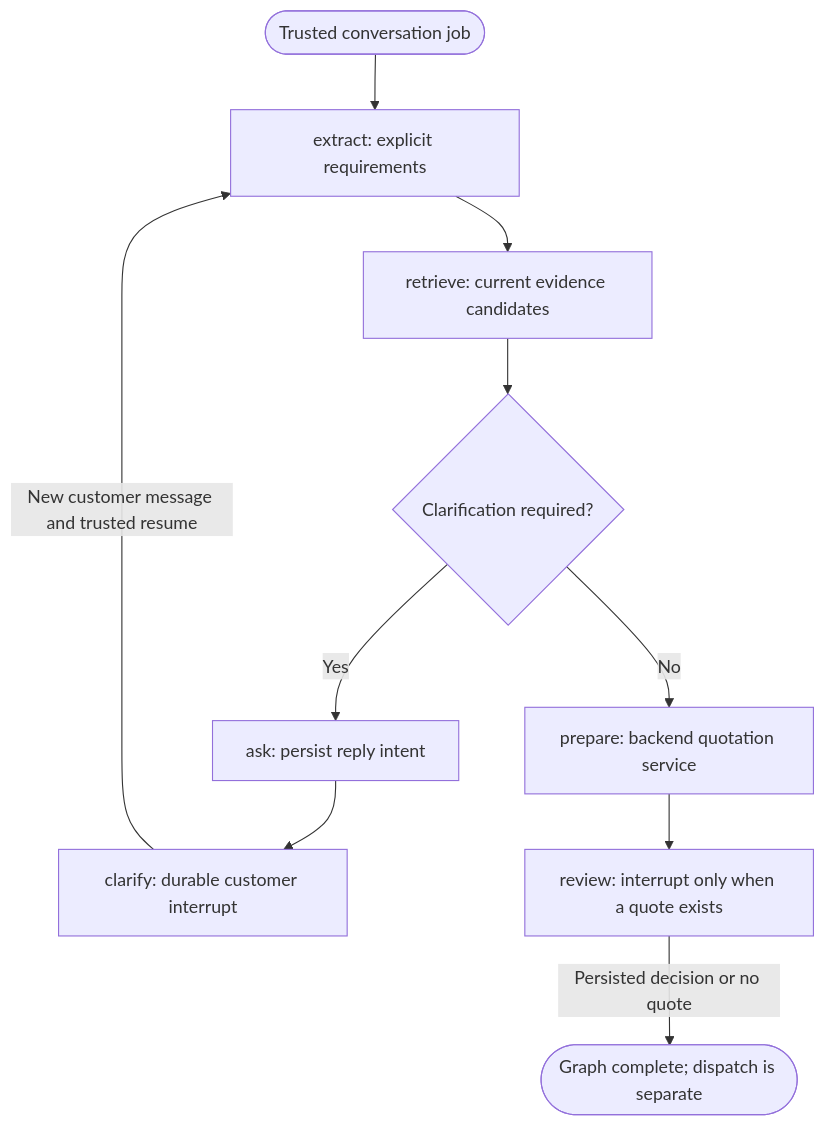
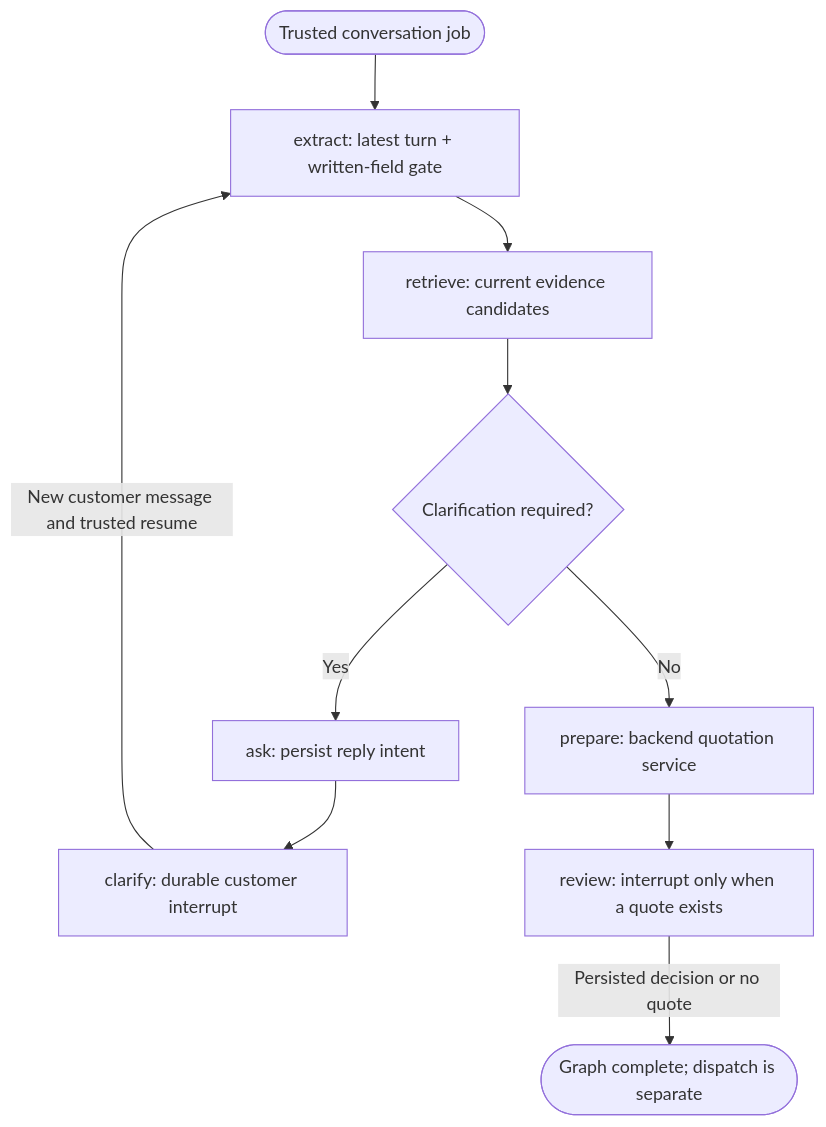
The diagram in docs/diagrams/agent-graph.mmd (Nagdy8888/lumaquote), drawn with Mermaid before and after one commit. The commit also changed 22 other files, not shown here.

First line of the commit message:
fix: require complete current written orders before agent drafting

```diff
--- a/docs/diagrams/agent-graph.mmd
+++ b/docs/diagrams/agent-graph.mmd
@@ -1,12 +1,12 @@
 flowchart TD
   accTitle: Durable LumaQuote agent graph
-  accDescr: Extraction feeds current evidence retrieval. Missing requirements create a durable clarification intent and customer interrupt. Confirmed explicit lines call the backend draft service and pause for a persisted staff decision when a quote exists. No graph node sends a message.
-  Start(["Trusted conversation job"]) --> Extract["extract: explicit requirements"]
+  accDescr: Extraction reads only the latest customer turn and independently checks a complete positive written order against model fields. Unconfirmed, negated or missing requirements create a durable clarification intent and customer interrupt. Confirmed explicit lines call the backend draft service and pause for a persisted staff decision when a quote exists. No graph node sends a message.
+  Start(["Trusted conversation job"]) --> Extract["extract: latest turn + written-field gate"]
   Extract --> Retrieve["retrieve: current evidence candidates"]
   Retrieve --> Question{"Clarification required?"}
   Question -->|Yes| Ask["ask: persist reply intent"]
   Ask --> Clarify["clarify: durable customer interrupt"]
   Clarify -->|New customer message and trusted resume| Extract
   Question -->|No| Prepare["prepare: backend quotation service"]
   Prepare --> Review["review: interrupt only when a quote exists"]
   Review -->|Persisted decision or no quote| Done(["Graph complete; dispatch is separate"])
```
